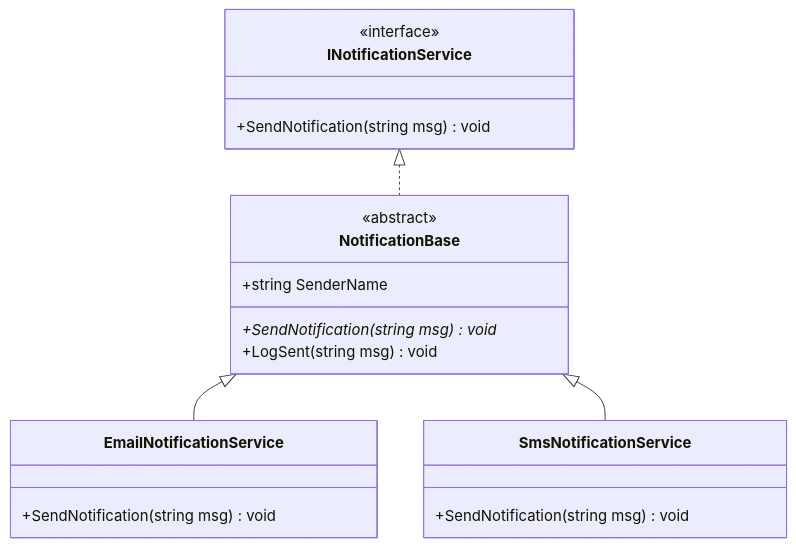
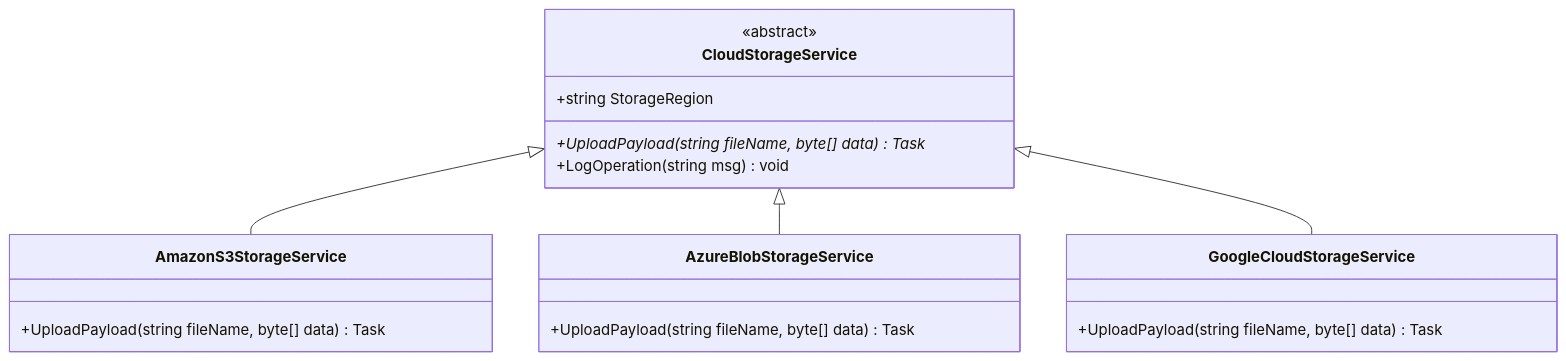
One commit to Singhkunall/Csharp-learning changed the diagram in Main/Topics/09_OOP_InheritanceAndPolymorphism/README.md. Above: the diagram before and after it, drawn with Mermaid. The commit also changed other lines of this file and 19 other files, not shown here.

Commit message:
Enhance: In-depth story-driven theory, architecture diagrams, and comprehensive code for Phases 1 & 2 (Topics 01-10)

````diff
--- a/Main/Topics/09_OOP_InheritanceAndPolymorphism/README.md
+++ b/Main/Topics/09_OOP_InheritanceAndPolymorphism/README.md
@@ -23,23 +56,22 @@
 ```mermaid
 classDiagram
-    class INotificationService {
-        <<interface>>
-        +SendNotification(string msg) void
+    class CloudStorageService {
+        <<abstract>>
+        +string StorageRegion
+        +UploadPayload(string fileName, byte[] data)* Task
+        +LogOperation(string msg) void
     }
-    class NotificationBase {
-        <<abstract>>
-        +string SenderName
-        +SendNotification(string msg)* void
-        +LogSent(string msg) void
+    class AmazonS3StorageService {
+        +UploadPayload(string fileName, byte[] data) Task
     }
-    class EmailNotificationService {
-        +SendNotification(string msg) void
+    class AzureBlobStorageService {
+        +UploadPayload(string fileName, byte[] data) Task
     }
-    class SmsNotificationService {
-        +SendNotification(string msg) void
+    class GoogleCloudStorageService {
+        +UploadPayload(string fileName, byte[] data) Task
     }
 
-    INotificationService <|.. NotificationBase
-    NotificationBase <|-- EmailNotificationService
-    NotificationBase <|-- SmsNotificationService
+    CloudStorageService <|-- AmazonS3StorageService
+    CloudStorageService <|-- AzureBlobStorageService
+    CloudStorageService <|-- GoogleCloudStorageService
 ```
````
